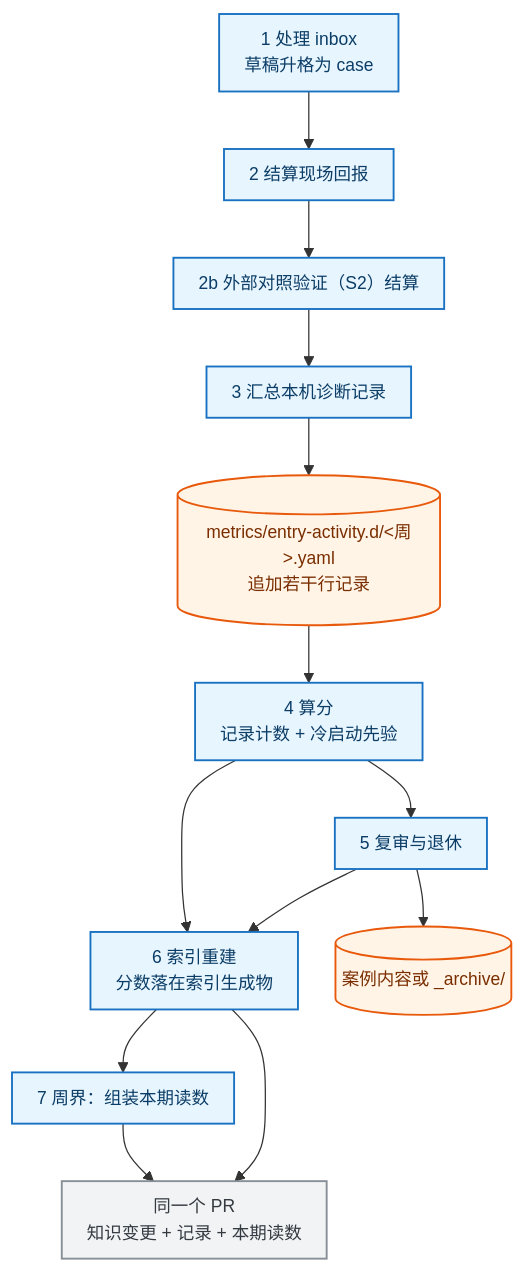
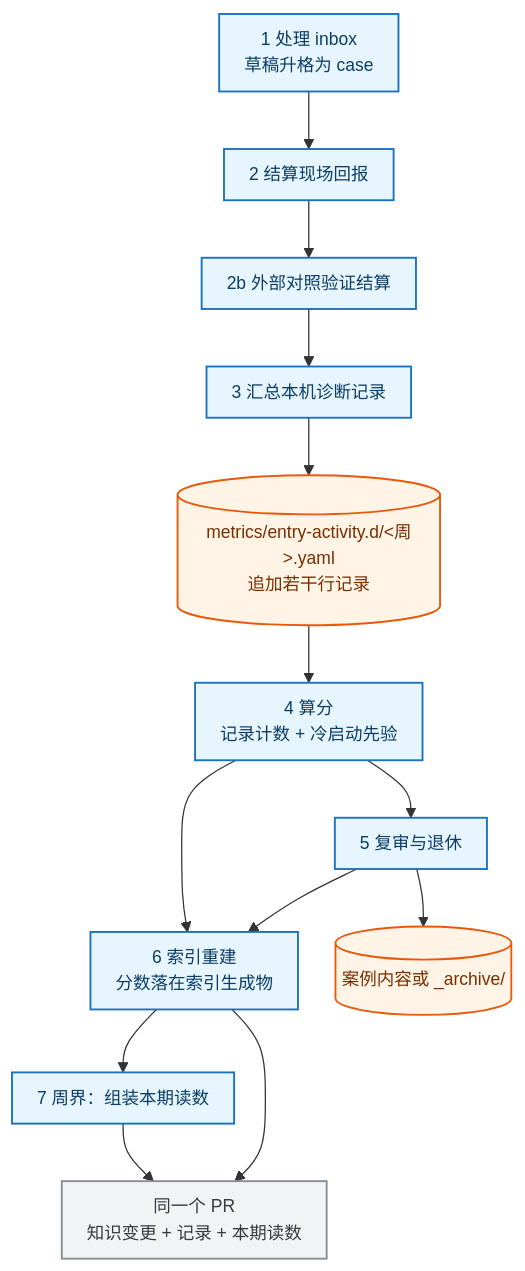
The third of 4 diagrams in docs/mechanism/diagnosis-observability.md (Bowen-Leee/ascend-sleuth), drawn with Mermaid before and after one commit. The commit also changed other lines of this file, not shown here.

First line of the commit message:
docs(机制): 按闭合核验改（期号形状、缺省值措辞、状态标签压回两值、图 1 边标签）

````diff
--- a/docs/mechanism/diagnosis-observability.md
+++ b/docs/mechanism/diagnosis-observability.md
@@ -221,23 +221,23 @@
 ```mermaid
 %%{init: {'themeVariables':{'fontSize':'14px'},'flowchart':{'curve':'basis','nodeSpacing':30,'rankSpacing':46,'padding':10}}}%%
 flowchart TB
     S1["1 处理 inbox<br/>草稿升格为 case"] --> S2["2 结算现场回报"]
-    S2 --> S2B["2b 外部对照验证（S2）结算"]
+    S2 --> S2B["2b 外部对照验证结算"]
     S2B --> S3["3 汇总本机诊断记录"]
     S3 --> R[("metrics/entry-activity.d/&lt;周&gt;.yaml<br/>追加若干行记录")]
     R --> S4["4 算分<br/>记录计数 + 冷启动先验"]
     S4 --> S5["5 复审与退休"]
     S5 --> S6["6 索引重建<br/>分数落在索引生成物"]
     S4 --> S6
     S5 --> C2[("案例内容或 _archive/")]
     S6 --> S7["7 周界：组装本期读数"]
     S6 --> PR["同一个 PR<br/>知识变更 + 记录 + 本期读数"]
     S7 --> PR
 
     classDef step fill:#e7f5ff,stroke:#1971c2,stroke-width:1.5px,color:#0b3d66
     classDef store fill:#fff4e6,stroke:#e8590c,stroke-width:1.5px,color:#7a2e00
     classDef pr fill:#f1f3f5,stroke:#868e96,stroke-width:1.5px,color:#343a40
     class S1,S2,S2B,S3,S4,S5,S6,S7 step
     class R,C2 store
     class PR pr
 ```
````
